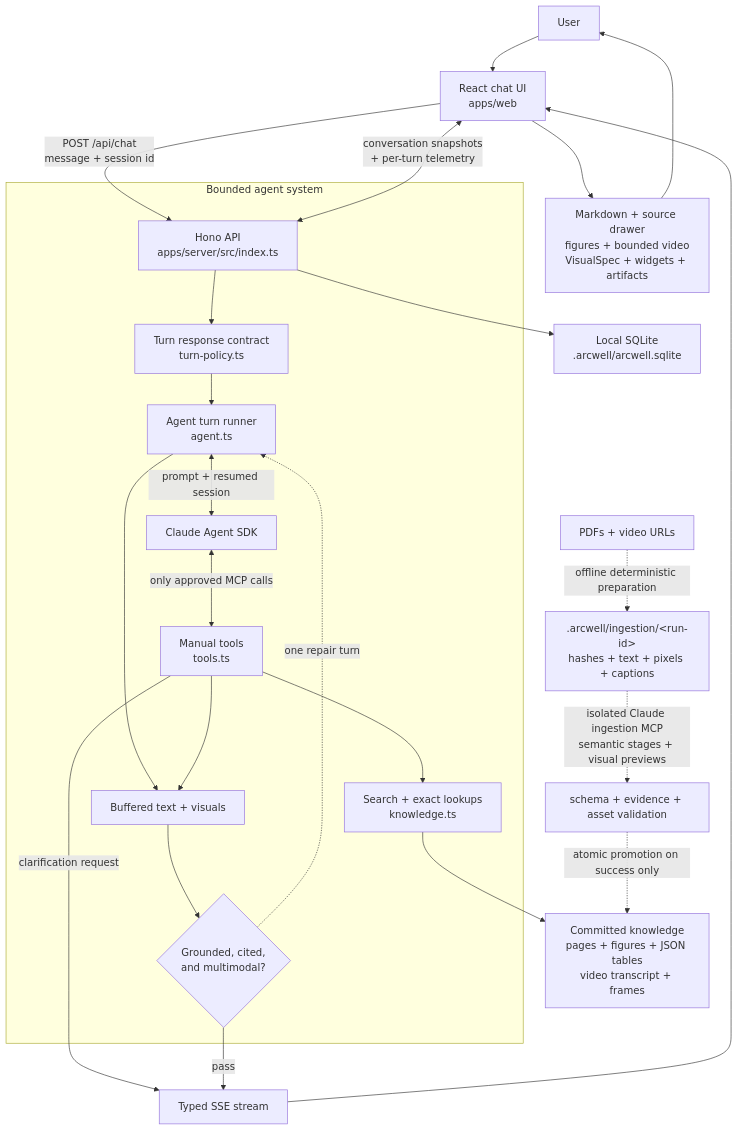
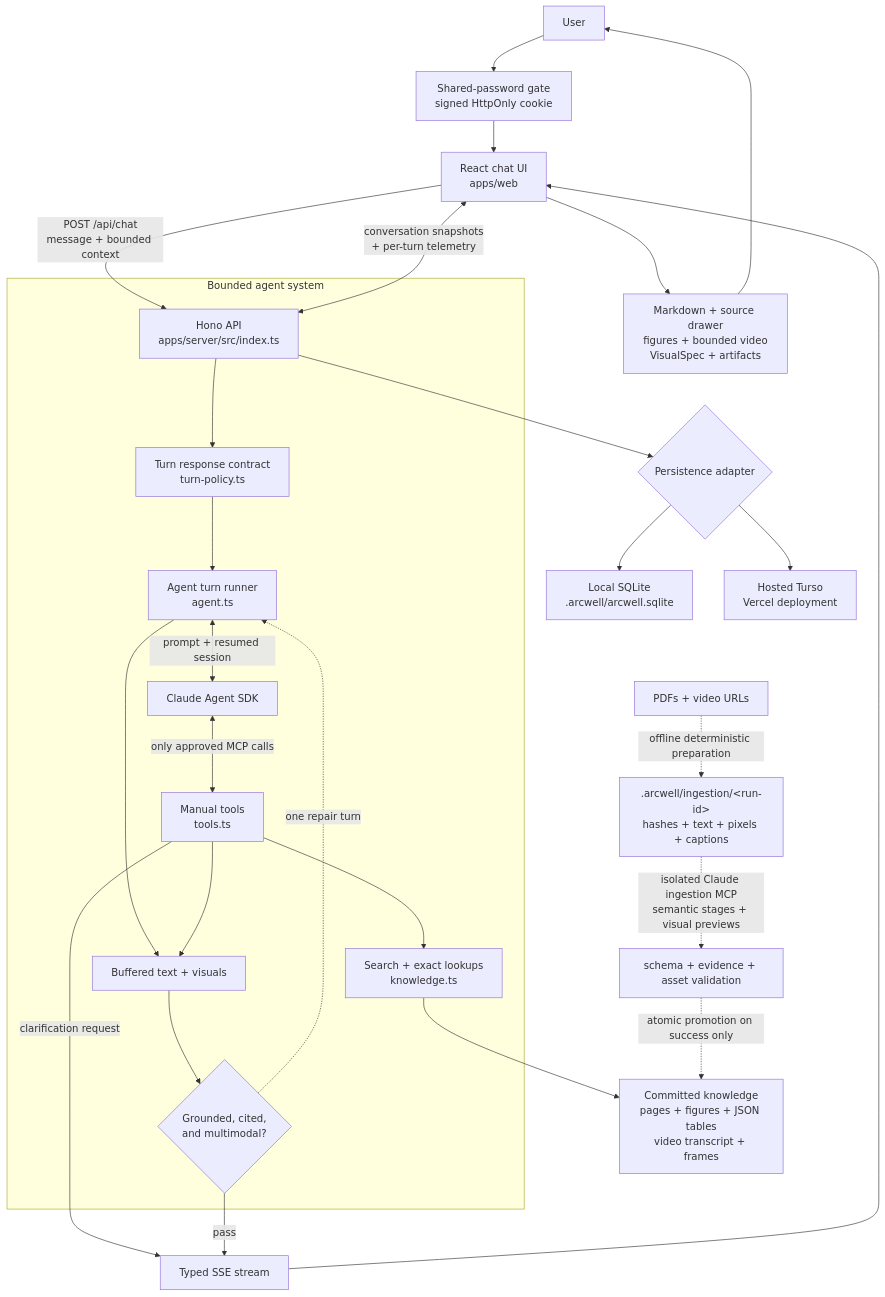
One commit to tom-byrn/prox-challenge changed the diagram in README.md. Above: the diagram before and after it, drawn with Mermaid. The commit also changed other lines of this file and 190 other files, not shown here.

````diff
--- a/README.md
+++ b/README.md
@@ -46,30 +121,33 @@
 ```mermaid
 flowchart TB
-    user[User] --> web["React chat UI<br/>apps/web"]
-    web -->|"POST /api/chat<br/>message + session id"| api["Hono API<br/>apps/server/src/index.ts"]
+    user[User] --> gate["Shared-password gate<br/>signed HttpOnly cookie"]
+    gate --> web["React chat UI<br/>apps/web"]
+    web -->|"POST /api/chat<br/>message + bounded context"| api["Hono API<br/>apps/server/src/index.ts"]
 
     subgraph agent[Bounded agent system]
         api --> policy["Turn response contract<br/>turn-policy.ts"]
         policy --> runner["Agent turn runner<br/>agent.ts"]
         runner <-->|prompt + resumed session| claude[Claude Agent SDK]
         claude <-->|only approved MCP calls| tools["Manual tools<br/>tools.ts"]
         tools --> access["Search + exact lookups<br/>knowledge.ts"]
         runner --> buffer["Buffered text + visuals"]
         tools --> buffer
         buffer --> validator{"Grounded, cited,<br/>and multimodal?"}
         validator -. "one repair turn" .-> runner
     end
 
     access --> knowledge["Committed knowledge<br/>pages + figures + JSON tables<br/>video transcript + frames"]
     tools -->|clarification request| stream[Typed SSE stream]
     validator -->|pass| stream
     stream --> web
     web <-->|"conversation snapshots<br/>+ per-turn telemetry"| api
-    api --> sqlite["Local SQLite<br/>.arcwell/arcwell.sqlite"]
-    web --> render["Markdown + source drawer<br/>figures + bounded video<br/>VisualSpec + widgets + artifacts"]
+    api --> persistence{"Persistence adapter"}
+    persistence --> sqlite["Local SQLite<br/>.arcwell/arcwell.sqlite"]
+    persistence --> turso["Hosted Turso<br/>Vercel deployment"]
+    web --> render["Markdown + source drawer<br/>figures + bounded video<br/>VisualSpec + artifacts"]
     render --> user
 
     sources["PDFs + video URLs"] -. "offline deterministic preparation" .-> staging[".arcwell/ingestion/&lt;run-id&gt;<br/>hashes + text + pixels + captions"]
     staging -. "isolated Claude ingestion MCP<br/>semantic stages + visual previews" .-> validation["schema + evidence + asset validation"]
     validation -. "atomic promotion on success only" .-> knowledge
 ```
````
